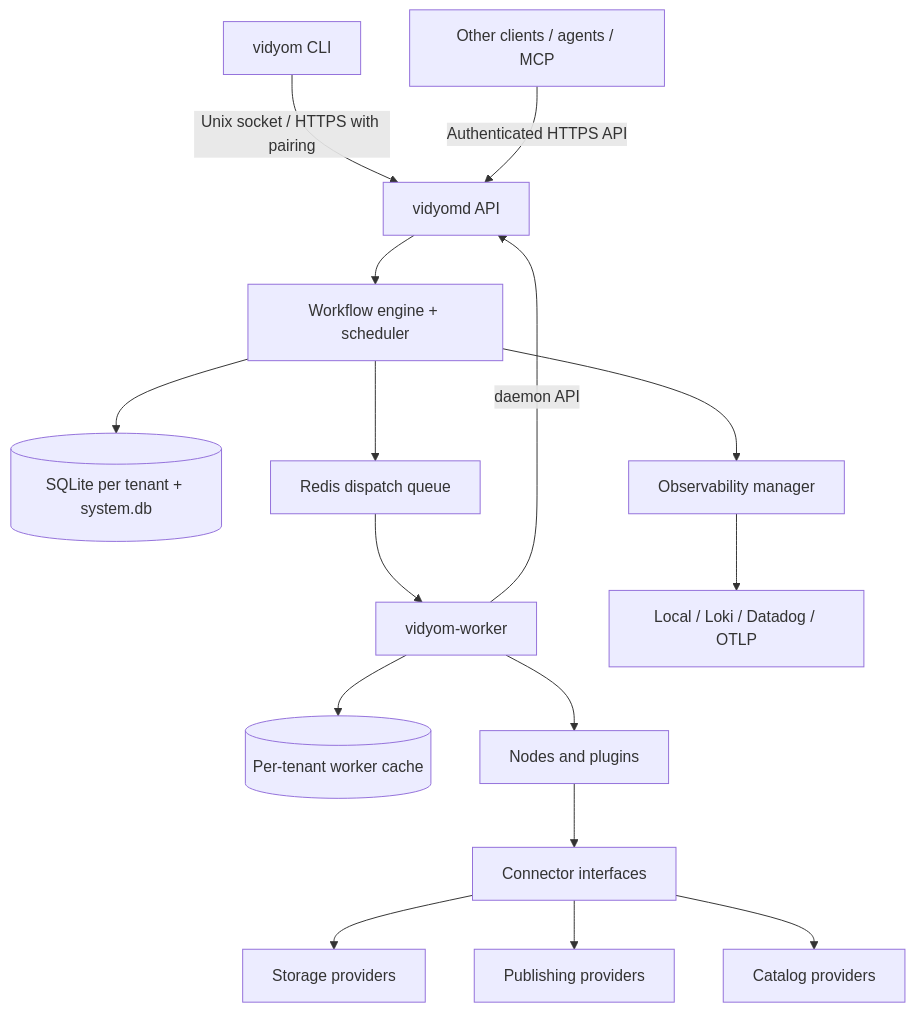
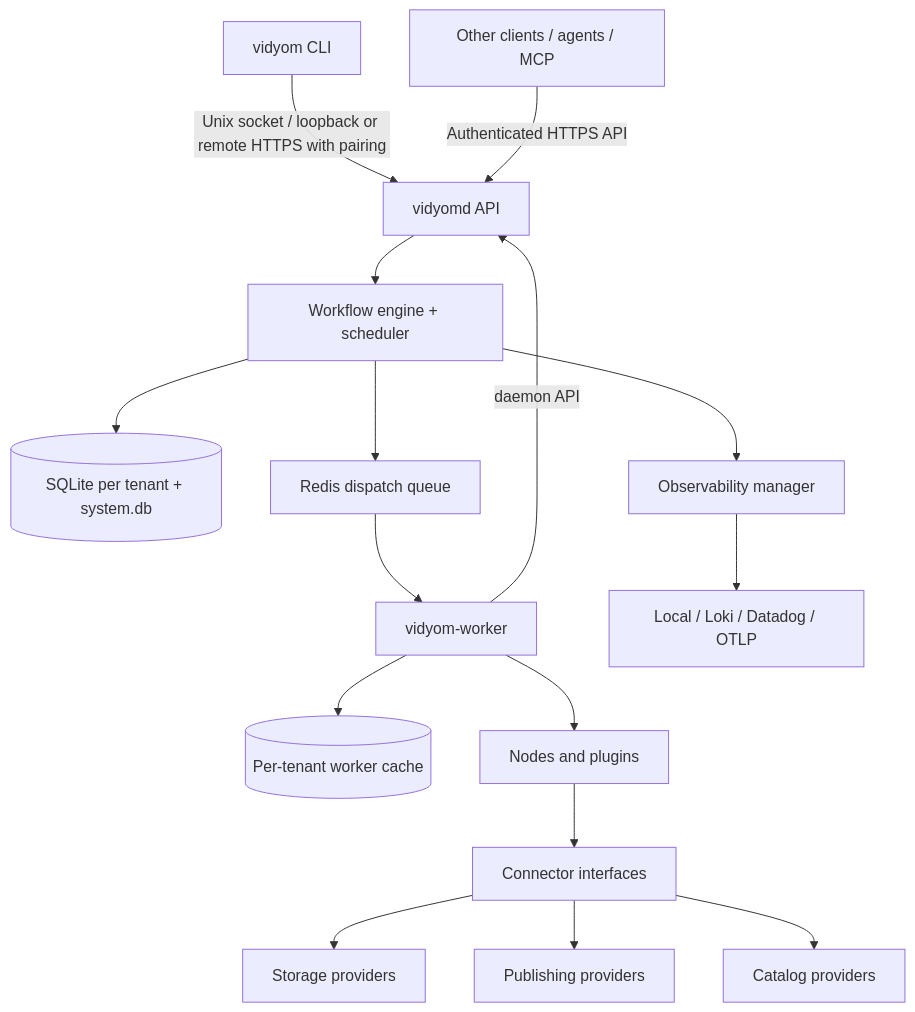
One commit to rafaelp/vidyom changed the diagram in website/docs/architecture/overview.md. Above: the diagram before and after it, drawn with Mermaid. The commit also changed other lines of this file and 19 other files, not shown here.

````diff
--- a/website/docs/architecture/overview.md
+++ b/website/docs/architecture/overview.md
@@ -10,18 +10,18 @@
 ```mermaid
 flowchart TB
-  CLI[vidyom CLI] -->|Unix socket / HTTPS with pairing| API[vidyomd API]
+  CLI[vidyom CLI] -->|Unix socket / loopback or remote HTTPS with pairing| API[vidyomd API]
   Agent[Other clients / agents / MCP] -->|Authenticated HTTPS API| API
   API --> Engine[Workflow engine + scheduler]
   Engine --> DB[(SQLite per tenant + system.db)]
   Engine --> Queue[Redis dispatch queue]
   Queue --> Worker[vidyom-worker]
   Worker -->|daemon API| API
   Worker --> Cache[(Per-tenant worker cache)]
   Worker --> Nodes[Nodes and plugins]
   Nodes --> Connectors[Connector interfaces]
   Connectors --> Storage[Storage providers]
   Connectors --> Pub[Publishing providers]
   Connectors --> Catalog[Catalog providers]
   Engine --> O11y[Observability manager]
   O11y --> Sinks[Local / Loki / Datadog / OTLP]
 ```
````
